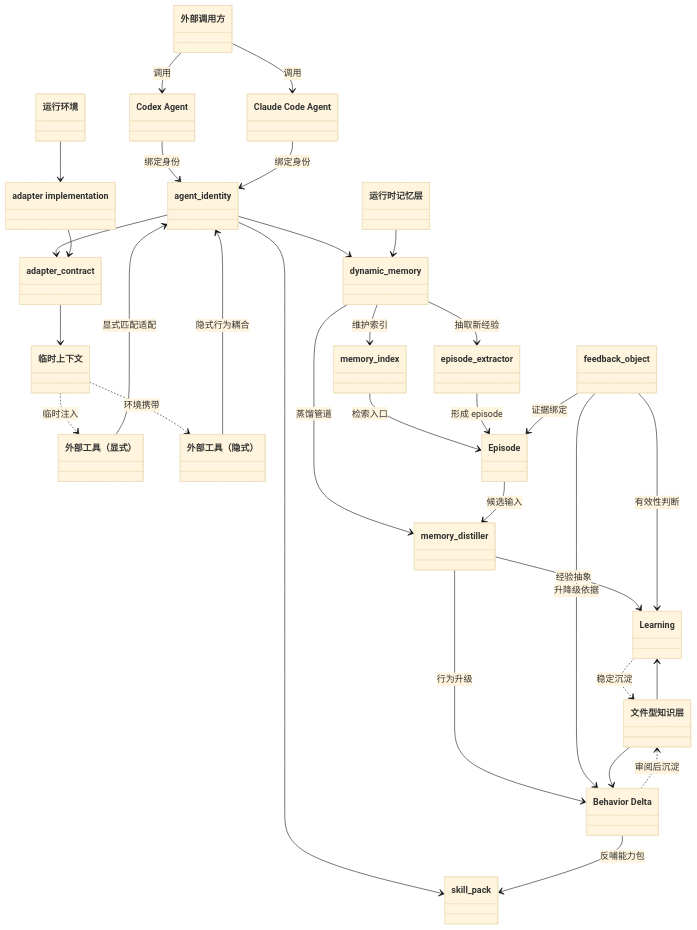
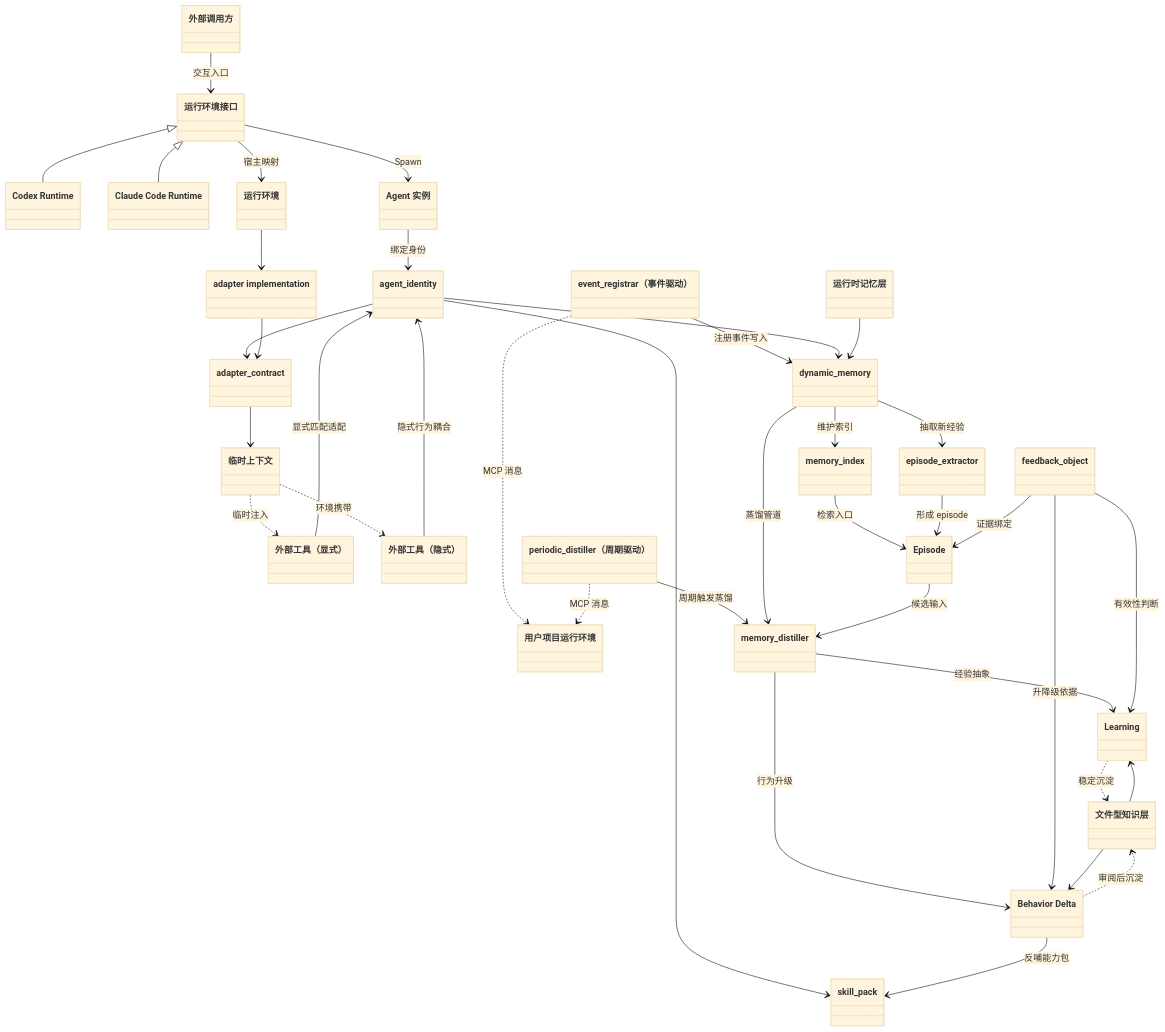
Before and after one commit to pandamicro/obsidian-agent-memory-server: the diagram in docs/portable-agent-contract/relationship-map.md, drawn with Mermaid (base theme). The commit also changed other lines of this file, not shown here.

Commit message:
docs: 补充运行环境驱动骨架与事件/周期驱动器关系

````diff
--- a/docs/portable-agent-contract/relationship-map.md
+++ b/docs/portable-agent-contract/relationship-map.md
@@ -5,68 +5,81 @@
 ```mermaid
 classDiagram
     class ExternalInvoker["外部调用方"]
-    class Codex["Codex Agent"]
-    class ClaudeCode["Claude Code Agent"]
+    class RuntimeEnvironment["运行环境接口"]
+    class CodexRuntime["Codex Runtime"]
+    class ClaudeCodeRuntime["Claude Code Runtime"]
+    class AgentInstance["Agent 实例"]
+    class ProjectRuntime["用户项目运行环境"]
     class ExplicitTools["外部工具（显式）"]
     class ImplicitTools["外部工具（隐式）"]
+    class EventRegistrar["event_registrar（事件驱动）"]
+    class PeriodicDistiller["periodic_distiller（周期驱动）"]
 
     class AgentIdentity["agent_identity"]
     class SkillPack["skill_pack"]
     class DynamicMemory["dynamic_memory"]
     class AdapterContract["adapter_contract"]
 
     class MemoryIndex["memory_index"]
     class EpisodeExtractor["episode_extractor"]
     class MemoryDistiller["memory_distiller"]
     class Episode["Episode"]
     class Learning["Learning"]
     class BehaviorDelta["Behavior Delta"]
     class FeedbackObject["feedback_object"]
 
     class RuntimeMemory["运行时记忆层"]
     class FileKnowledge["文件型知识层"]
     class RuntimeEnv["运行环境"]
     class AdapterImpl["adapter implementation"]
     class SessionContext["临时上下文"]
 
-    ExternalInvoker --> Codex : 调用
-    ExternalInvoker --> ClaudeCode : 调用
-    Codex --> AgentIdentity : 绑定身份
-    ClaudeCode --> AgentIdentity : 绑定身份
+    RuntimeEnvironment <|-- CodexRuntime
+    RuntimeEnvironment <|-- ClaudeCodeRuntime
+
+    ExternalInvoker --> RuntimeEnvironment : 交互入口
+    RuntimeEnvironment --> AgentInstance : Spawn
+    AgentInstance --> AgentIdentity : 绑定身份
 
     ExplicitTools --> AgentIdentity : 显式匹配适配
     ImplicitTools --> AgentIdentity : 隐式行为耦合
+
+    EventRegistrar --> DynamicMemory : 注册事件写入
+    PeriodicDistiller --> MemoryDistiller : 周期触发蒸馏
+    EventRegistrar ..> ProjectRuntime : MCP 消息
+    PeriodicDistiller ..> ProjectRuntime : MCP 消息
 
     AgentIdentity --> SkillPack
     AgentIdentity --> DynamicMemory
     AgentIdentity --> AdapterContract
 
     DynamicMemory --> MemoryIndex : 维护索引
     MemoryIndex --> Episode : 检索入口
 
     DynamicMemory --> EpisodeExtractor : 抽取新经验
     EpisodeExtractor --> Episode : 形成 episode
 
     DynamicMemory --> MemoryDistiller : 蒸馏管道
     Episode --> MemoryDistiller : 候选输入
     MemoryDistiller --> Learning : 经验抽象
     MemoryDistiller --> BehaviorDelta : 行为升级
 
     FeedbackObject --> Episode : 证据绑定
     FeedbackObject --> Learning : 有效性判断
     FeedbackObject --> BehaviorDelta : 升降级依据
     BehaviorDelta --> SkillPack : 反哺能力包
 
     RuntimeMemory --> DynamicMemory
     FileKnowledge --> Learning
     FileKnowledge --> BehaviorDelta
 
     RuntimeEnv --> AdapterImpl
     AdapterImpl --> AdapterContract
     AdapterContract --> SessionContext
     SessionContext ..> ExplicitTools : 临时注入
     SessionContext ..> ImplicitTools : 环境携带
+    RuntimeEnvironment --> RuntimeEnv : 宿主映射
 
     Learning ..> FileKnowledge : 稳定沉淀
     BehaviorDelta ..> FileKnowledge : 审阅后沉淀
 ```
````
